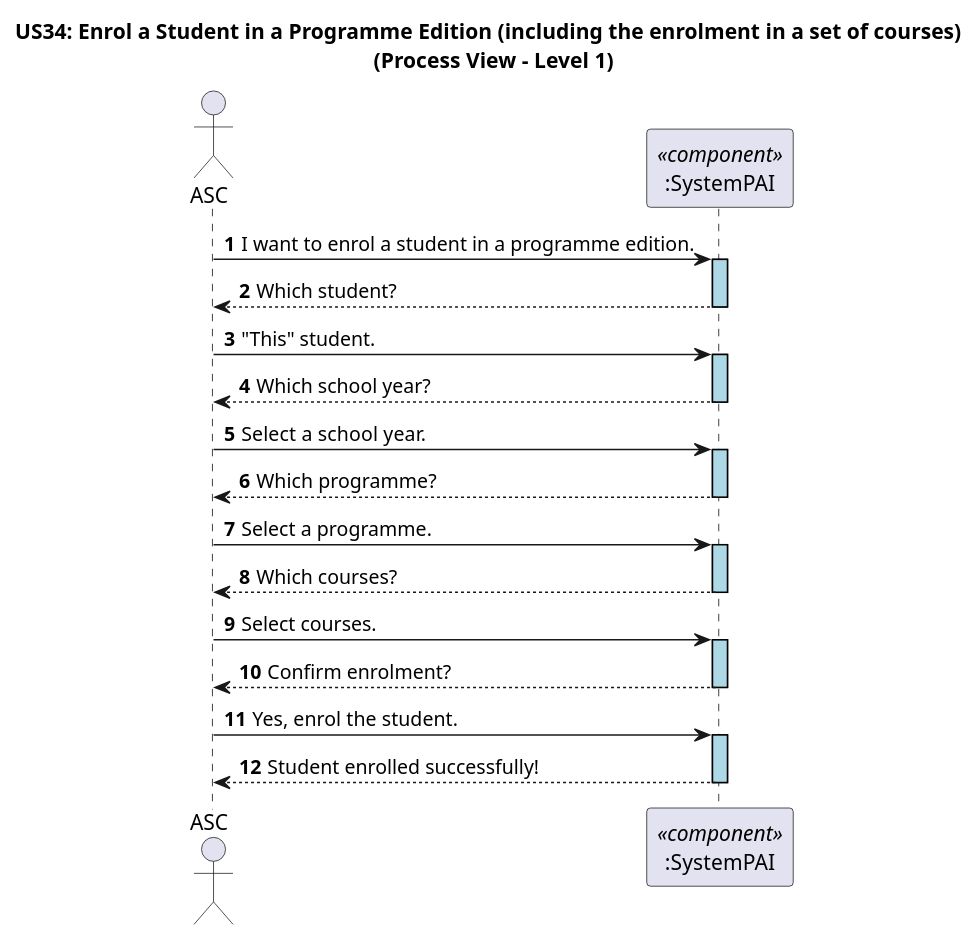
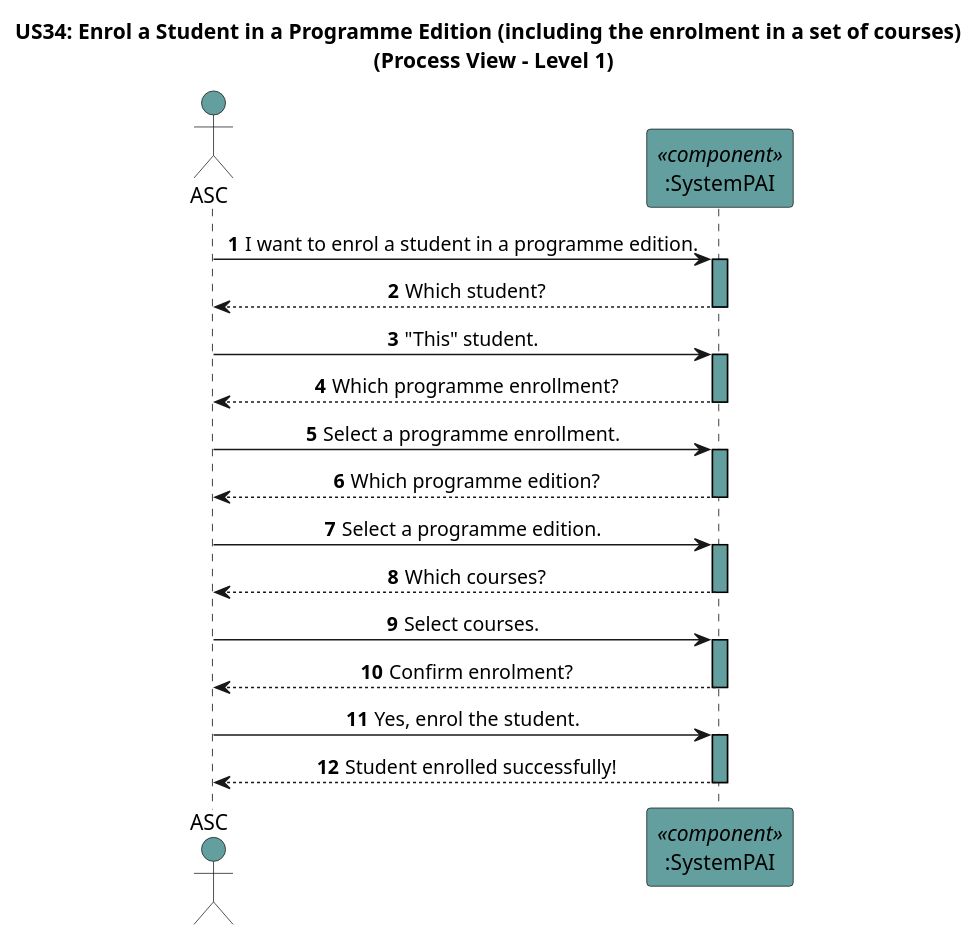
Before and after one commit to GasparISEP/DevOps-PAI: the diagram in docs/US34/Sprint7/ProcessView/Level1.puml, drawn with PlantUML.

Commit message:
doc: Updated Process View - Level 1 for US34 based on lastest class insights. ref #646

```diff
--- a/docs/US34/Sprint7/ProcessView/Level1.puml
+++ b/docs/US34/Sprint7/ProcessView/Level1.puml
@@ -1,36 +1,38 @@
 @startuml
 
 ' US34 - Enrol a Student in a Programme Edition (including the enrolment in a set of courses)
 ' Process View - Level 1 (C4 Level 1 Style)
 
 autonumber
 
 skinparam sequence {
    LifelineBorderColor black
-   LifelineBackgroundColor LightBlue
+   LifelineBackgroundColor 639f9f
 }
+
+skinparam DefaultTextAlignment center
 
 title US34: Enrol a Student in a Programme Edition (including the enrolment in a set of courses) \n (Process View - Level 1)
 
-actor ASC
-participant ":SystemPAI" as System <<component>>
+actor ASC #639f9f
+participant ":SystemPAI" as System <<component>> #639f9f
 
 ASC -> System ++: I want to enrol a student in a programme edition.
 System --> ASC--: Which student?
 ASC -> System++: "This" student.
 
-System --> ASC --: Which school year?
+System --> ASC --: Which programme enrollment?
 
-ASC -> System ++: Select a school year.
-System --> ASC --: Which programme?
-ASC -> System ++: Select a programme.
+ASC -> System ++: Select a programme enrollment.
+System --> ASC --: Which programme edition?
+ASC -> System ++: Select a programme edition.
 
 System --> ASC--: Which courses?
 ASC -> System++: Select courses.
 
 System --> ASC--: Confirm enrolment?
 ASC -> System ++: Yes, enrol the student.
 
 System --> ASC --: Student enrolled successfully!
 
 @enduml
```
